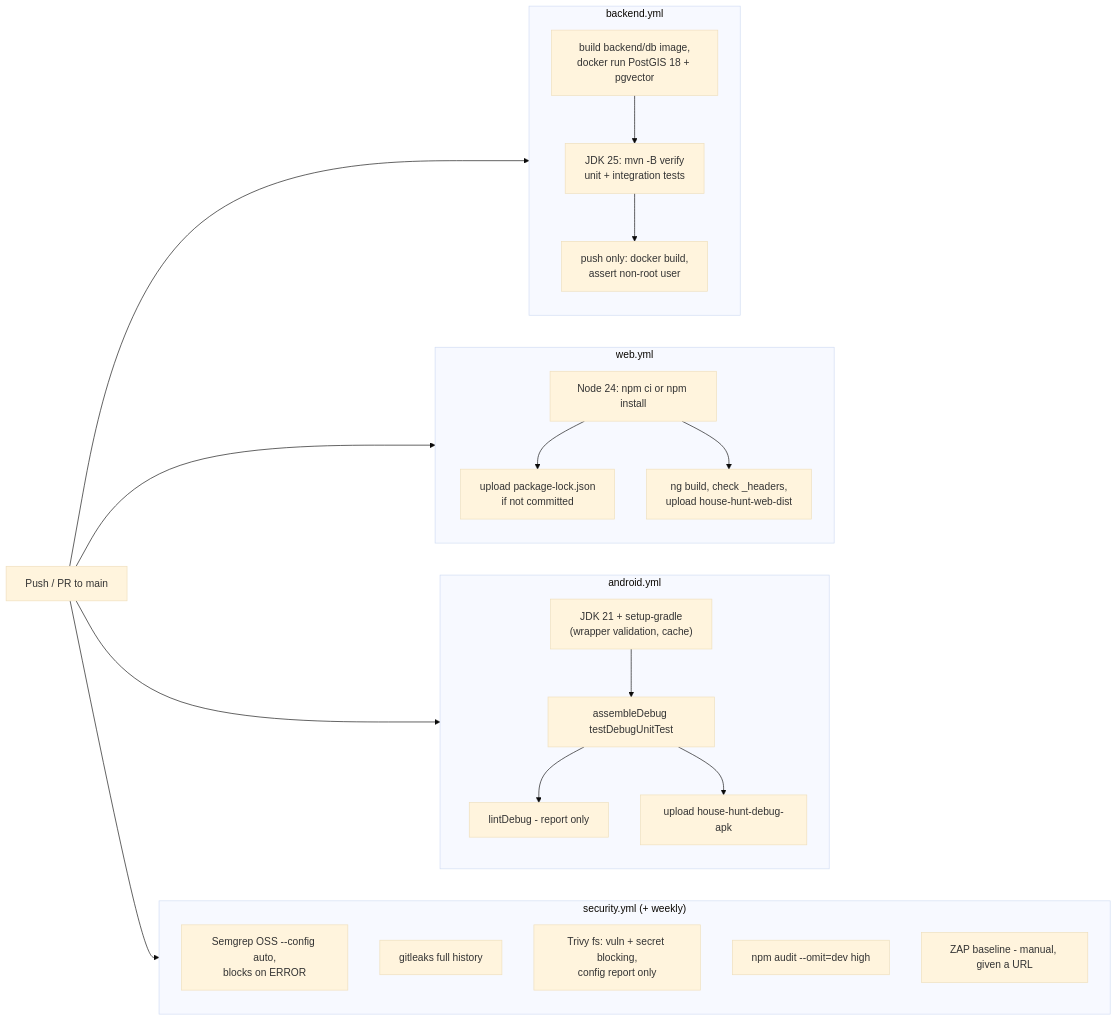
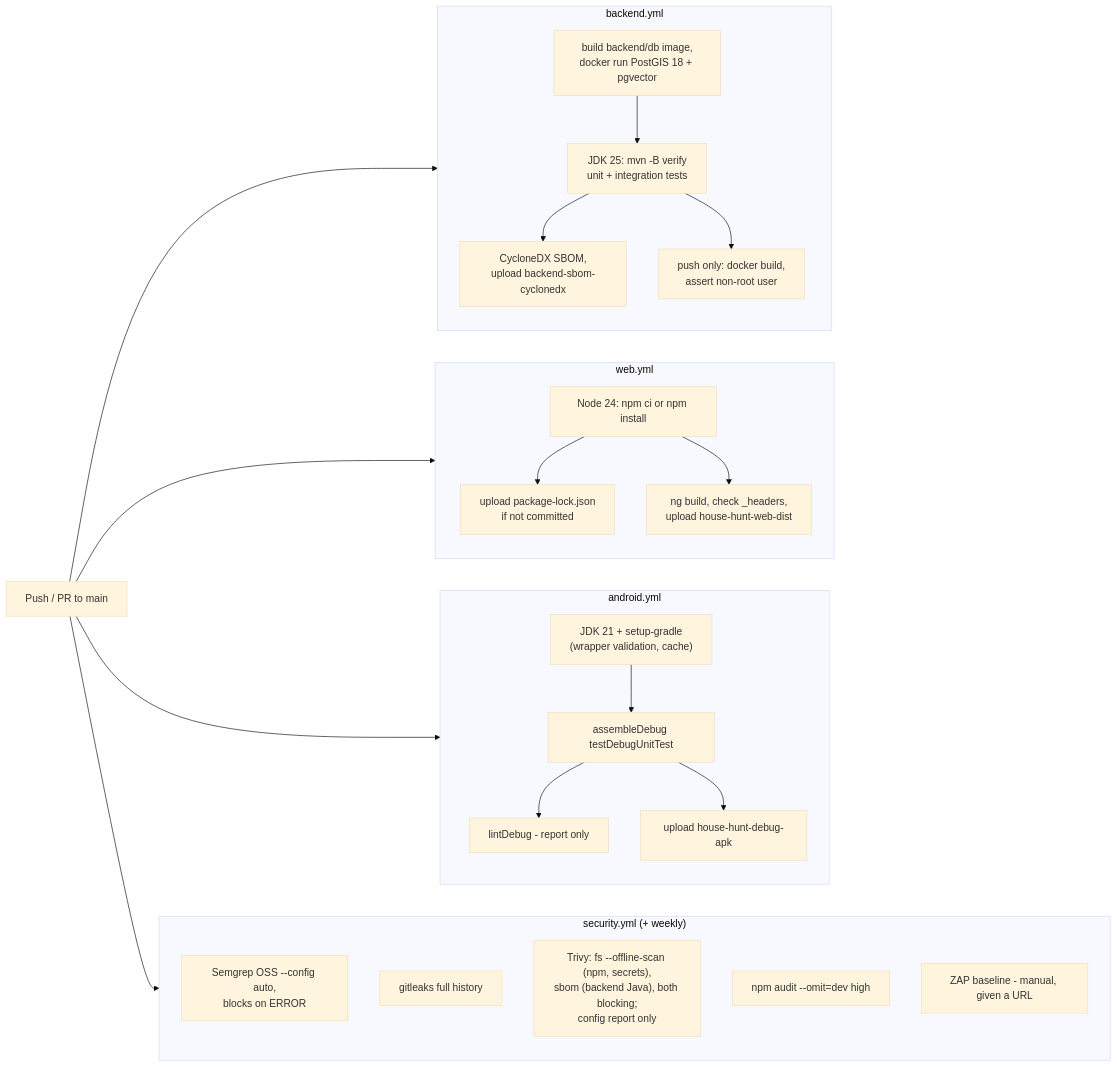
One commit to Sriram-Codes-SW/doorprints changed the diagram in docs/07-secure-build-and-deploy.md. Above: the diagram before and after it, drawn with Mermaid (base theme). The commit also changed other lines of this file and 29 other files, not shown here.

First line of the commit message:
Fix first CI run: test compile error, random test keys, compileSdk 37, maplibre-gl 6.10 (GHSA-jrc7-96c5-q579), Trivy via SBOM, dependabot tuning

````diff
--- a/docs/07-secure-build-and-deploy.md
+++ b/docs/07-secure-build-and-deploy.md
@@ -26,24 +27,25 @@
 ```mermaid
 flowchart LR
     dev["Push / PR to main"] --> be & web & and & sec
     subgraph be["backend.yml"]
         be1["build backend/db image,<br/>docker run PostGIS 18 + pgvector"] --> be2["JDK 25: mvn -B verify<br/>unit + integration tests"]
+        be2 --> be4["CycloneDX SBOM,<br/>upload backend-sbom-cyclonedx"]
         be2 --> be3["push only: docker build,<br/>assert non-root user"]
     end
     subgraph web["web.yml"]
         w1["Node 24: npm ci or npm install"] --> w2["upload package-lock.json<br/>if not committed"]
         w1 --> w3["ng build, check _headers,<br/>upload house-hunt-web-dist"]
     end
     subgraph and["android.yml"]
         a1["JDK 21 + setup-gradle<br/>(wrapper validation, cache)"] --> a2["assembleDebug testDebugUnitTest"]
         a2 --> a3["lintDebug - report only"]
         a2 --> a4["upload house-hunt-debug-apk"]
     end
     subgraph sec["security.yml (+ weekly)"]
         s1["Semgrep OSS --config auto,<br/>blocks on ERROR"]
         s2["gitleaks full history"]
-        s3["Trivy fs: vuln + secret blocking,<br/>config report only"]
+        s3["Trivy: fs --offline-scan (npm, secrets),<br/>sbom (backend Java), both blocking;<br/>config report only"]
         s4["npm audit --omit=dev high"]
         s5["ZAP baseline - manual, given a URL"]
     end
 ```
````
